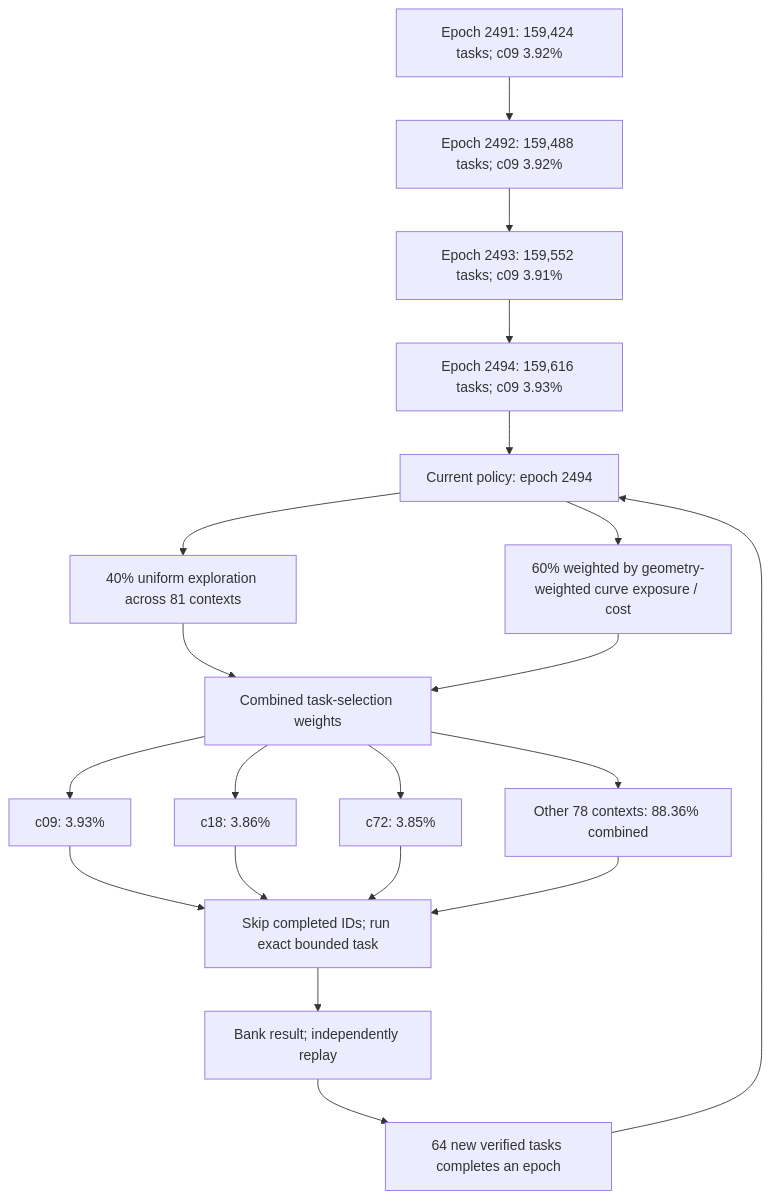
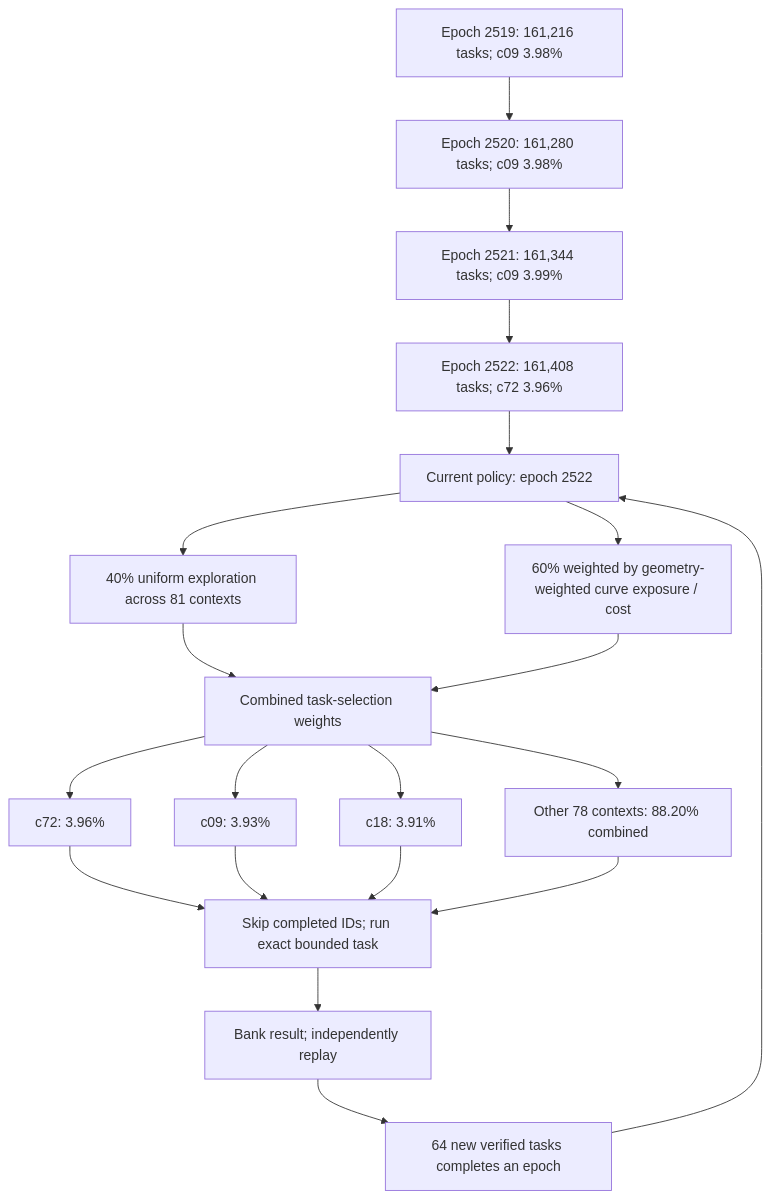
One commit to Kuberwastaken/math-gambling changed the first of 3 diagrams in README.md. Above: the diagram before and after it, drawn with Mermaid. The commit also changed other lines of this file and 3594 other files, not shown here.

````diff
--- a/README.md
+++ b/README.md
@@ -56,27 +56,27 @@
 ```mermaid
 flowchart TD
-    H0["Epoch 2491: 159,424 tasks; c09 3.92%"]
-    H1["Epoch 2492: 159,488 tasks; c09 3.92%"]
+    H0["Epoch 2519: 161,216 tasks; c09 3.98%"]
+    H1["Epoch 2520: 161,280 tasks; c09 3.98%"]
     H0 --> H1
-    H2["Epoch 2493: 159,552 tasks; c09 3.91%"]
+    H2["Epoch 2521: 161,344 tasks; c09 3.99%"]
     H1 --> H2
-    H3["Epoch 2494: 159,616 tasks; c09 3.93%"]
+    H3["Epoch 2522: 161,408 tasks; c72 3.96%"]
     H2 --> H3
-    Policy["Current policy: epoch 2494"]
+    Policy["Current policy: epoch 2522"]
     H3 --> Policy
     Policy --> Explore["40% uniform exploration across 81 contexts"]
     Policy --> Cost["60% weighted by geometry-weighted curve exposure / cost"]
     Explore --> Mix["Combined task-selection weights"]
     Cost --> Mix
-    Mix --> C0["c09: 3.93%"]
-    Mix --> C1["c18: 3.86%"]
-    Mix --> C2["c72: 3.85%"]
-    Mix --> Rest["Other 78 contexts: 88.36% combined"]
+    Mix --> C0["c72: 3.96%"]
+    Mix --> C1["c09: 3.93%"]
+    Mix --> C2["c18: 3.91%"]
+    Mix --> Rest["Other 78 contexts: 88.20% combined"]
     C0 --> Check["Skip completed IDs; run exact bounded task"]
     C1 --> Check
     C2 --> Check
     Rest --> Check
     Check --> Replay["Bank result; independently replay"]
     Replay --> Gate["64 new verified tasks completes an epoch"]
     Gate --> Policy
 ```
````
